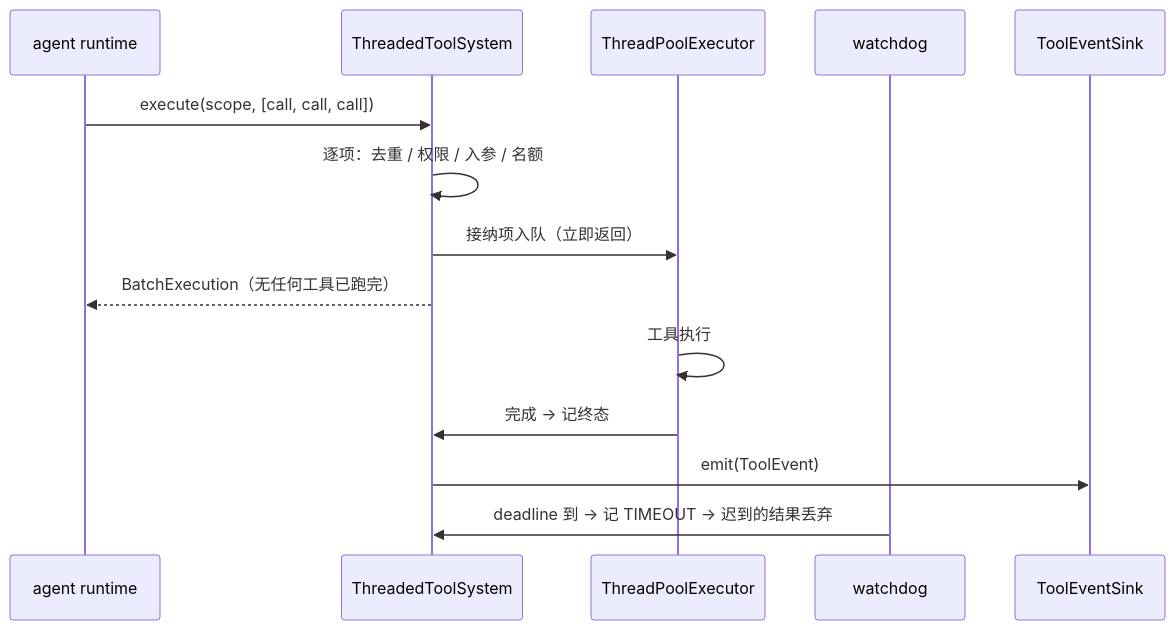
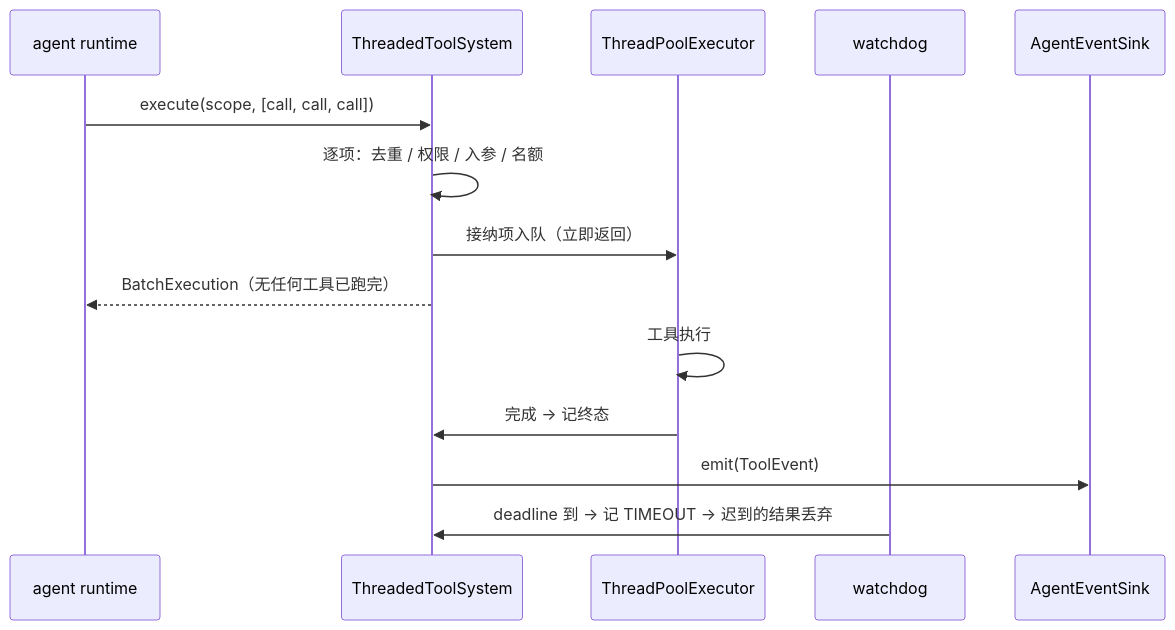
The diagram in spec/feature-tool-system.md (HymioSpace/Oath), drawn with Mermaid before and after one commit. The commit also changed other lines of this file and 15 other files, not shown here.

First line of the commit message:
refactor(protocol)!: 投递口合并成系统层面的 AgentEventSink

````diff
--- a/spec/feature-tool-system.md
+++ b/spec/feature-tool-system.md
@@ -417,17 +434,17 @@
 ```mermaid
 sequenceDiagram
     participant Caller as agent runtime
     participant TS as ThreadedToolSystem
     participant Pool as ThreadPoolExecutor
     participant W as watchdog
-    participant Sink as ToolEventSink
+    participant Sink as AgentEventSink
 
     Caller->>TS: execute(scope, [call, call, call])
     TS->>TS: 逐项：去重 / 权限 / 入参 / 名额
     TS->>Pool: 接纳项入队（立即返回）
     TS-->>Caller: BatchExecution（无任何工具已跑完）
     Pool->>Pool: 工具执行
     Pool->>TS: 完成 → 记终态
     TS->>Sink: emit(ToolEvent)
     W->>TS: deadline 到 → 记 TIMEOUT → 迟到的结果丢弃
 ```
````
